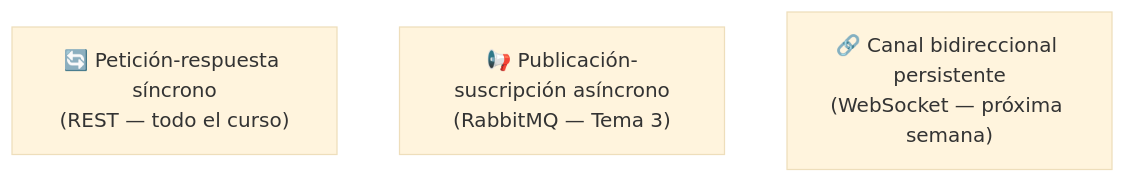
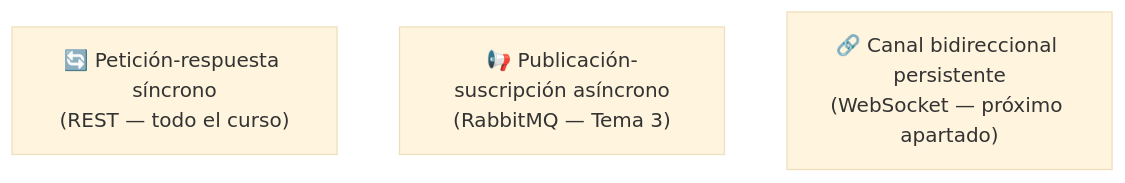
The diagram in docs/tema4/sockets-cliente-servidor.md (aitorventura/programacion-servicios-procesos), drawn with Mermaid (base theme) before and after one commit. The commit also changed other lines of this file and 29 other files, not shown here.

````diff
--- a/docs/tema4/sockets-cliente-servidor.md
+++ b/docs/tema4/sockets-cliente-servidor.md
@@ -52,6 +52,6 @@
 ```mermaid
 flowchart TB
     A["🔄 Petición-respuesta síncrono<br/>(REST — todo el curso)"]
     B["📢 Publicación-suscripción asíncrono<br/>(RabbitMQ — Tema 3)"]
-    C["🔗 Canal bidireccional persistente<br/>(WebSocket — próxima semana)"]
+    C["🔗 Canal bidireccional persistente<br/>(WebSocket — próximo apartado)"]
 ```
````
